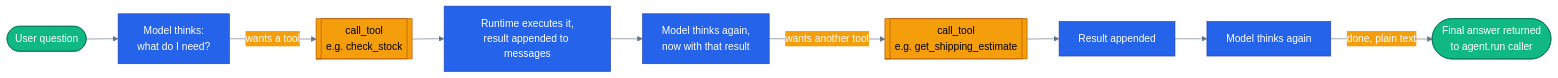
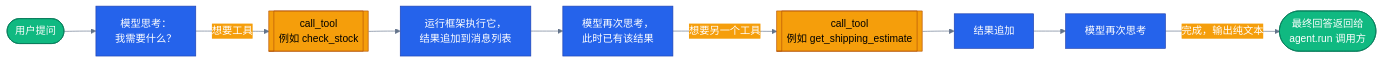
One commit to s1encisi/reliable-commerce-agents changed the diagram in docs/concepts/02-the-agentic-loop.md. Above: the diagram before and after it, drawn with Mermaid. The commit also changed other lines of this file and 1033 other files, not shown here.

````diff
--- a/docs/concepts/02-the-agentic-loop.md
+++ b/docs/concepts/02-the-agentic-loop.md
@@ -81,23 +67,23 @@
 ```mermaid
 %%{init: {'theme':'base', 'themeVariables': {
   'primaryColor': '#2563eb','primaryTextColor': '#ffffff','primaryBorderColor': '#1e40af',
   'lineColor': '#64748b','secondaryColor': '#f59e0b','tertiaryColor': '#10b981',
   'background': 'transparent'}}}%%
 flowchart LR
   classDef core     fill:#2563eb,stroke:#1e40af,color:#ffffff
   classDef external fill:#f59e0b,stroke:#b45309,color:#000000
   classDef success  fill:#10b981,stroke:#047857,color:#ffffff
 
-  start(["User question"]) --> think1["Model thinks:<br/>what do I need?"]
-  think1 -->|wants a tool| call1[["call_tool<br/>e.g. check_stock"]]
-  call1 --> observe1["Runtime executes it,<br/>result appended to messages"]
-  observe1 --> think2["Model thinks again,<br/>now with that result"]
-  think2 -->|wants another tool| call2[["call_tool<br/>e.g. get_shipping_estimate"]]
-  call2 --> observe2["Result appended"]
-  observe2 --> think3["Model thinks again"]
-  think3 -->|done, plain text| final(["Final answer returned<br/>to agent.run caller"])
+  start(["用户提问"]) --> think1["模型思考：<br/>我需要什么？"]
+  think1 -->|想要工具| call1[["call_tool<br/>例如 check_stock"]]
+  call1 --> observe1["运行框架执行它，<br/>结果追加到消息列表"]
+  observe1 --> think2["模型再次思考，<br/>此时已有该结果"]
+  think2 -->|想要另一个工具| call2[["call_tool<br/>例如 get_shipping_estimate"]]
+  call2 --> observe2["结果追加"]
+  observe2 --> think3["模型再次思考"]
+  think3 -->|完成，输出纯文本| final(["最终回答返回给<br/>agent.run 调用方"])
 
   class start,final success
   class think1,think2,think3 core
   class call1,call2 external
 ```
````
